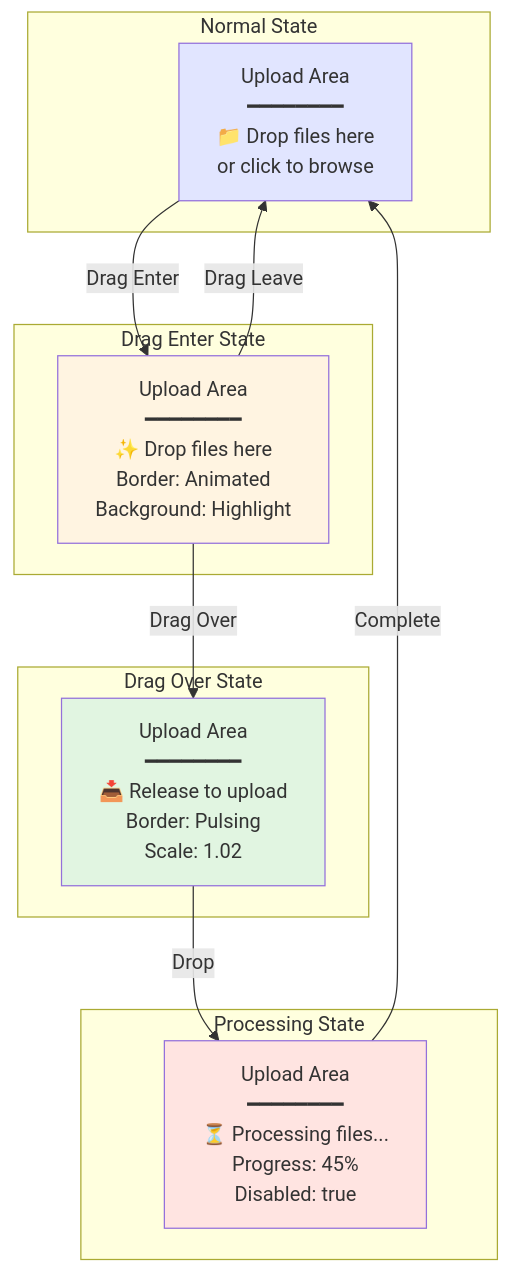
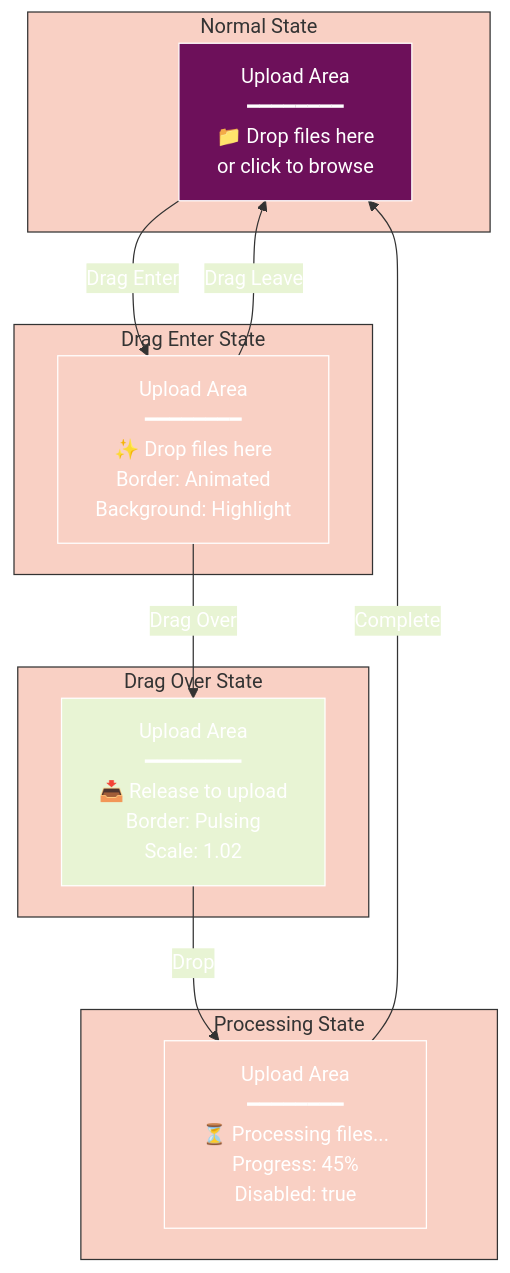
One commit to radicalkjax/Athena changed the sixth of 13 diagrams in docs/components/FILE_UPLOADER.md. Above: the diagram before and after it, drawn with Mermaid. The commit also changed other lines of this file and 27 other files, not shown here.

Commit message:
Introduction of expo package manager. Updated docs to reflect changes. Unified mermaid theme for docs.

````diff
--- a/docs/components/FILE_UPLOADER.md
+++ b/docs/components/FILE_UPLOADER.md
@@ -287,29 +392,50 @@
 ```mermaid
+%%{init: {
+  'theme': 'base',
+  'themeVariables': {
+    'primaryColor': '#6d105a',
+    'primaryTextColor': '#ffffff',
+    'primaryBorderColor': '#ffffff',
+    'lineColor': '#333333',
+    'secondaryColor': '#e8f4d4',
+    'secondaryTextColor': '#333333',
+    'secondaryBorderColor': '#333333',
+    'tertiaryColor': '#f9d0c4',
+    'tertiaryTextColor': '#333333',
+    'tertiaryBorderColor': '#333333',
+    'background': '#ffffff',
+    'mainBkg': '#6d105a',
+    'secondBkg': '#e8f4d4',
+    'tertiaryBkg': '#f9d0c4',
+    'textColor': '#333333',
+    'fontFamily': 'Arial, sans-serif'
+  }
+}}%%
 graph TD
     subgraph "Normal State"
         A[Upload Area<br/>━━━━━━━━<br/>📁 Drop files here<br/>or click to browse]
     end
     
     subgraph "Drag Enter State"
         B[Upload Area<br/>━━━━━━━━<br/>✨ Drop files here<br/>Border: Animated<br/>Background: Highlight]
     end
     
     subgraph "Drag Over State"
         C[Upload Area<br/>━━━━━━━━<br/>📥 Release to upload<br/>Border: Pulsing<br/>Scale: 1.02]
     end
     
     subgraph "Processing State"
         D[Upload Area<br/>━━━━━━━━<br/>⏳ Processing files...<br/>Progress: 45%<br/>Disabled: true]
     end
     
     A -->|Drag Enter| B
     B -->|Drag Over| C
     C -->|Drop| D
     B -->|Drag Leave| A
     D -->|Complete| A
     
-    style A fill:#e1e5ff
-    style B fill:#fff4e1
-    style C fill:#e1f5e1
-    style D fill:#ffe4e1
+    style A fill:#6d105a
+    style B fill:#f9d0c4
+    style C fill:#e8f4d4
+    style D fill:#f9d0c4
 ```
````
